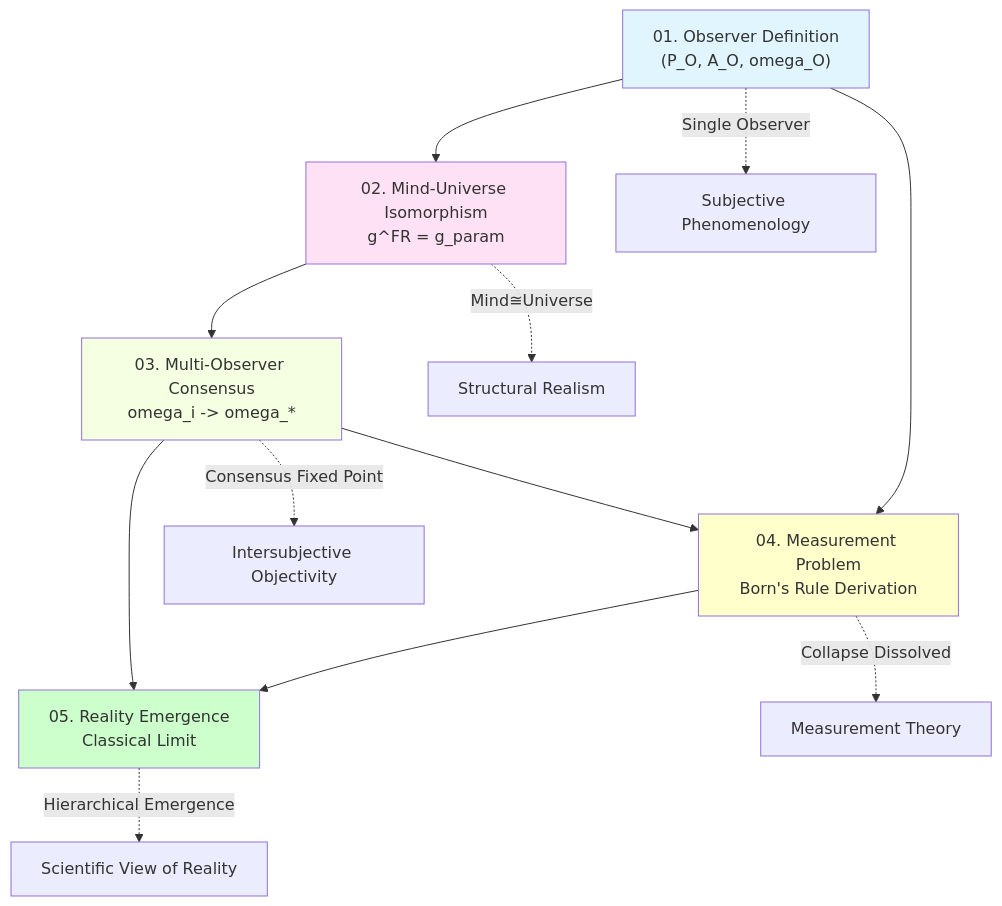
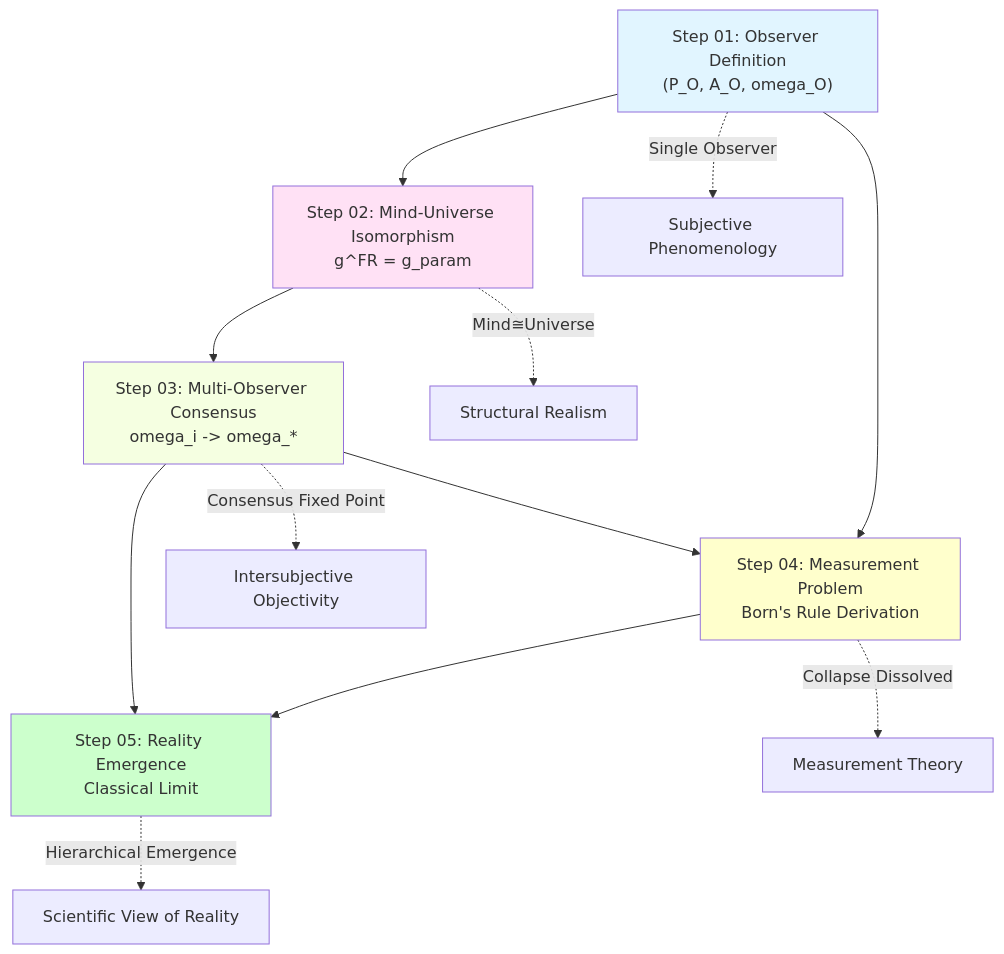
Before and after one commit to loning/zeckendorf-hilbert: the fourth of 6 diagrams in docs/euler-article/gls-union/10-matrix-universe/06-summary_en.md, drawn with Mermaid. The commit also changed 26 other files, not shown here.

````diff
--- a/docs/euler-article/gls-union/10-matrix-universe/06-summary_en.md
+++ b/docs/euler-article/gls-union/10-matrix-universe/06-summary_en.md
@@ -227,23 +227,23 @@
 ```mermaid
 graph TD
-    A["01. Observer Definition<br/>(P_O, A_O, omega_O)"] --> B["02. Mind-Universe Isomorphism<br/>g^FR = g_param"]
-    B --> C["03. Multi-Observer Consensus<br/>omega_i -> omega_*"]
+    A["Step 01: Observer Definition<br/>(P_O, A_O, omega_O)"] --> B["Step 02: Mind-Universe Isomorphism<br/>g^FR = g_param"]
+    B --> C["Step 03: Multi-Observer Consensus<br/>omega_i -> omega_*"]
 
-    A --> D["04. Measurement Problem<br/>Born's Rule Derivation"]
+    A --> D["Step 04: Measurement Problem<br/>Born's Rule Derivation"]
     C --> D
 
-    D --> E["05. Reality Emergence<br/>Classical Limit"]
+    D --> E["Step 05: Reality Emergence<br/>Classical Limit"]
     C --> E
 
     A -.->|"Single Observer"| F["Subjective Phenomenology"]
     B -.->|"Mind≅Universe"| G["Structural Realism"]
     C -.->|"Consensus Fixed Point"| H["Intersubjective Objectivity"]
     D -.->|"Collapse Dissolved"| I["Measurement Theory"]
     E -.->|"Hierarchical Emergence"| J["Scientific View of Reality"]
 
     style A fill:#e1f5ff
     style B fill:#ffe1f5
     style C fill:#f5ffe1
     style D fill:#ffffcc
     style E fill:#ccffcc
 ```
````
